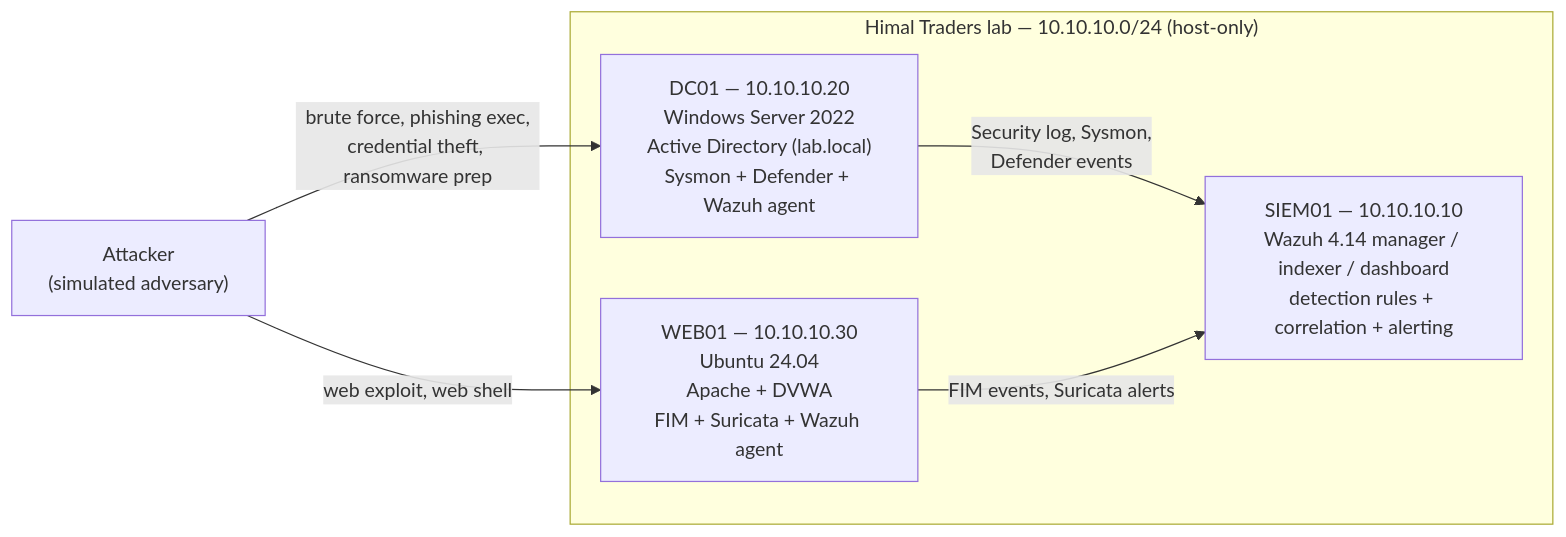
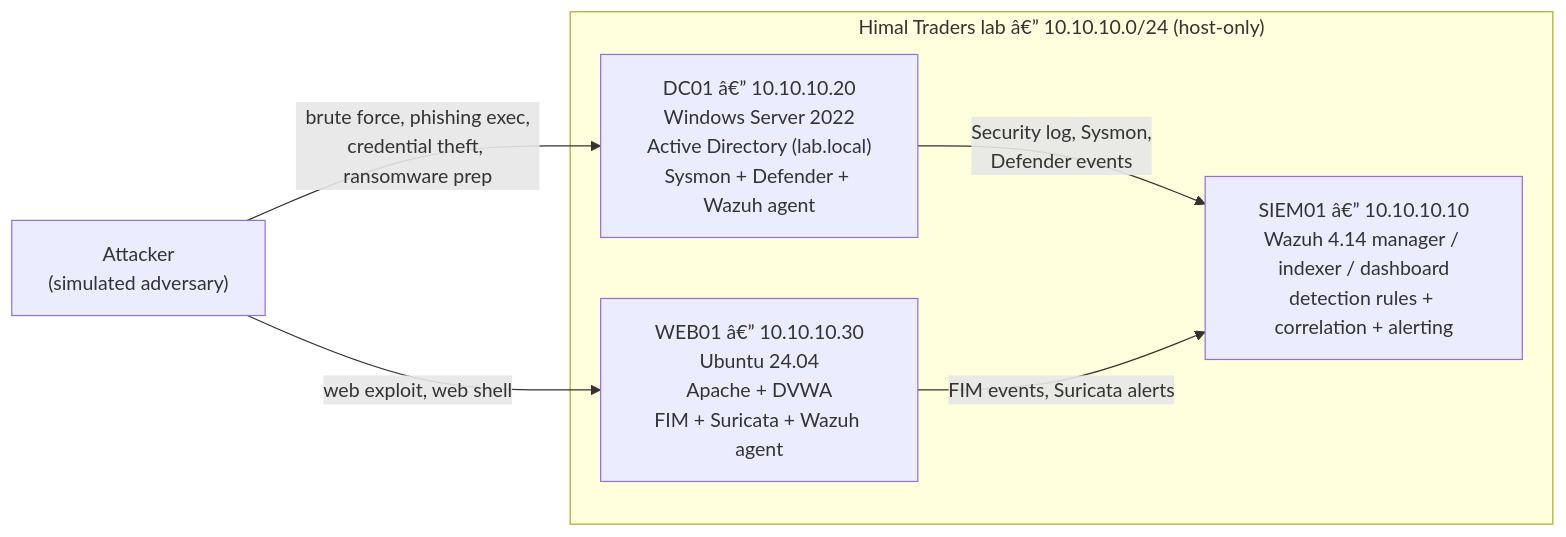
The diagram in README.md (PrashannaGhimire01/soc-detection-lab), drawn with Mermaid before and after one commit. The commit also changed other lines of this file and 7 other files, not shown here.

````diff
--- a/README.md
+++ b/README.md
@@ -39,15 +39,15 @@
 ```mermaid
 flowchart LR
     ATK["Attacker<br/>(simulated adversary)"]
 
-    subgraph LAB["Himal Traders lab — 10.10.10.0/24 (host-only)"]
-        DC01["DC01 — 10.10.10.20<br/>Windows Server 2022<br/>Active Directory (lab.local)<br/>Sysmon + Defender + Wazuh agent"]
-        WEB01["WEB01 — 10.10.10.30<br/>Ubuntu 24.04<br/>Apache + DVWA<br/>FIM + Suricata + Wazuh agent"]
-        SIEM01["SIEM01 — 10.10.10.10<br/>Wazuh 4.14 manager / indexer / dashboard<br/>detection rules + correlation + alerting"]
+    subgraph LAB["Himal Traders lab â€” 10.10.10.0/24 (host-only)"]
+        DC01["DC01 â€” 10.10.10.20<br/>Windows Server 2022<br/>Active Directory (lab.local)<br/>Sysmon + Defender + Wazuh agent"]
+        WEB01["WEB01 â€” 10.10.10.30<br/>Ubuntu 24.04<br/>Apache + DVWA<br/>FIM + Suricata + Wazuh agent"]
+        SIEM01["SIEM01 â€” 10.10.10.10<br/>Wazuh 4.14 manager / indexer / dashboard<br/>detection rules + correlation + alerting"]
     end
 
     ATK -->|brute force, phishing exec,<br/>credential theft, ransomware prep| DC01
     ATK -->|web exploit, web shell| WEB01
     DC01 -->|Security log, Sysmon,<br/>Defender events| SIEM01
     WEB01 -->|FIM events, Suricata alerts| SIEM01
 ```
````
